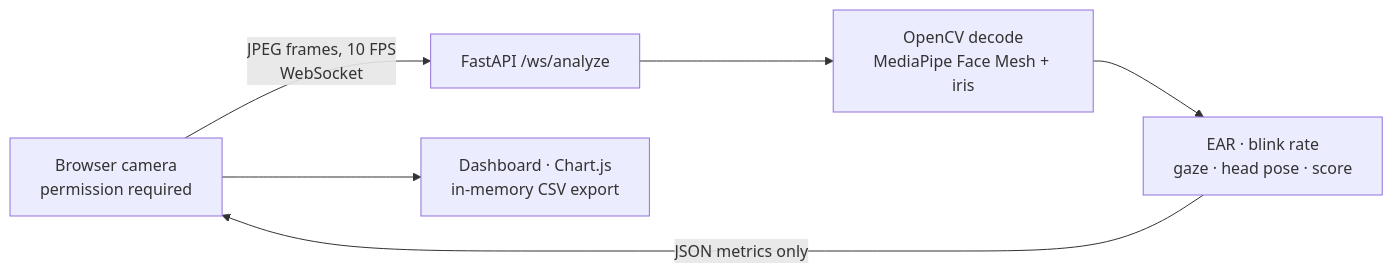
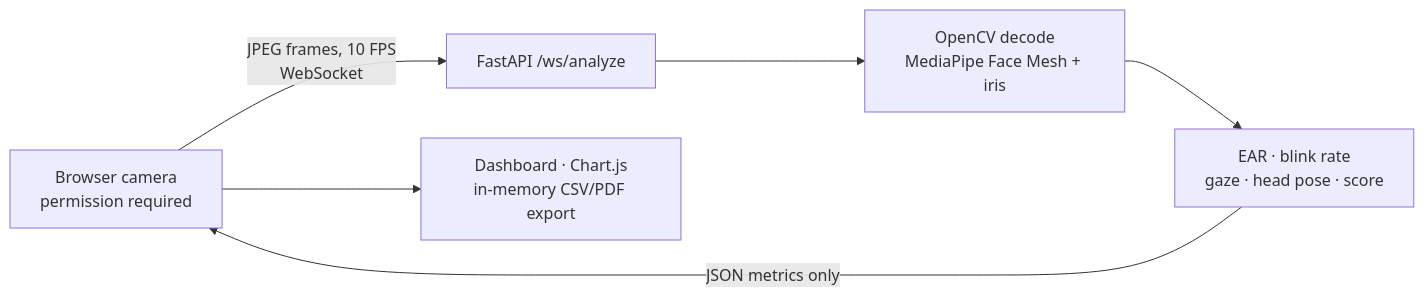
Before and after one commit to aniketsingh-netizen/focuspulse: the diagram in README.md, drawn with Mermaid. The commit also changed other lines of this file and 10 other files, not shown here.

````diff
--- a/README.md
+++ b/README.md
@@ -9,8 +9,8 @@
 ```mermaid
 flowchart LR
   Browser["Browser camera<br/>permission required"] -->|"JPEG frames, 10 FPS<br/>WebSocket"| API["FastAPI /ws/analyze"]
   API --> CV["OpenCV decode<br/>MediaPipe Face Mesh + iris"]
   CV --> Metrics["EAR · blink rate<br/>gaze · head pose · score"]
   Metrics -->|"JSON metrics only"| Browser
-  Browser --> Dashboard["Dashboard · Chart.js<br/>in-memory CSV export"]
+  Browser --> Dashboard["Dashboard · Chart.js<br/>in-memory CSV/PDF export"]
 ```
````
